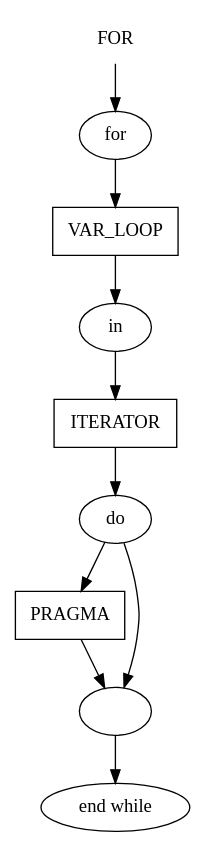
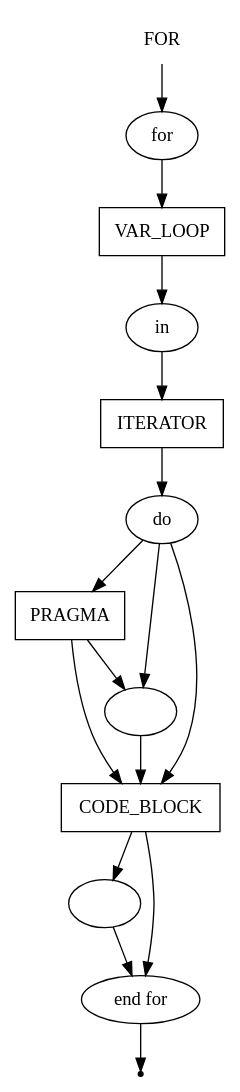
One commit to ayu-f/DSL_Pseudocode changed the diagram in pseudocode/for.gv. Above: the diagram before and after it, drawn with Graphviz. The commit also changed 1 other file, not shown here.

Commit message:
fix for while

```diff
--- a/pseudocode/for.gv
+++ b/pseudocode/for.gv
@@ -1,22 +1,34 @@
 digraph FOR {
     start [label=FOR shape=plaintext]
     key_for [label="for" shape=oval]
     var_loop [label=VAR_LOOP shape=box]
     belong [label="\in" shape=oval]
     iterator [label=ITERATOR shape=box]
     belong [label="\in" shape=oval]
     key_do [label="do" shape=oval]
     pragma [label=PRAGMA shape=box]
-    nl [label="\n" shape=oval]
-    key_end [label="end while" shape=oval]
+    code_block [label=CODE_BLOCK shape=box]
+    nl_1 [label="\n" shape=oval]
+    nl_2 [label="\n" shape=oval]
+    key_end [label="end for" shape=oval]
+    end [label="" shape=point]
 
     start -> key_for
     key_for -> var_loop
     var_loop -> belong
     belong -> iterator
     iterator -> key_do
+
     key_do -> pragma
-    key_do -> nl
-    pragma -> nl
-    nl -> key_end
+    key_do -> nl_1
+    key_do -> code_block
+
+    pragma -> nl_1
+    pragma -> code_block
+
+    nl_1 -> code_block
+    code_block -> nl_2
+    code_block -> key_end
+    nl_2 -> key_end
+    key_end -> end
 }
```
